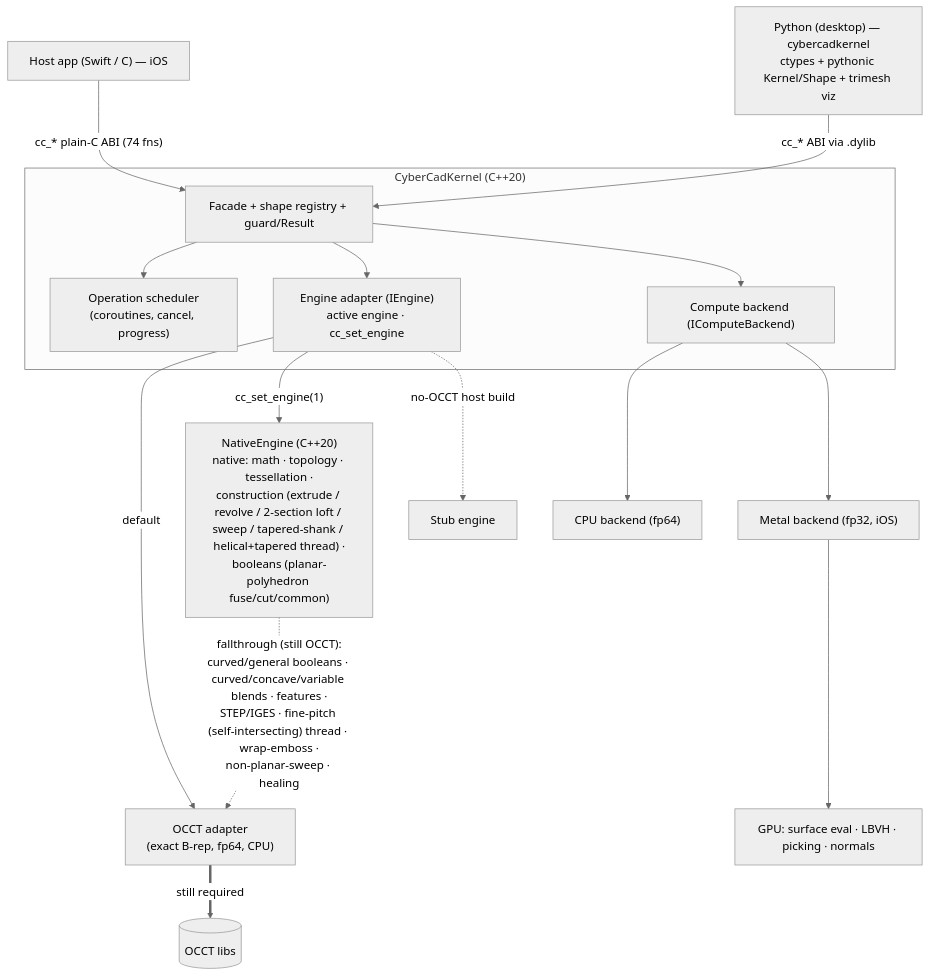
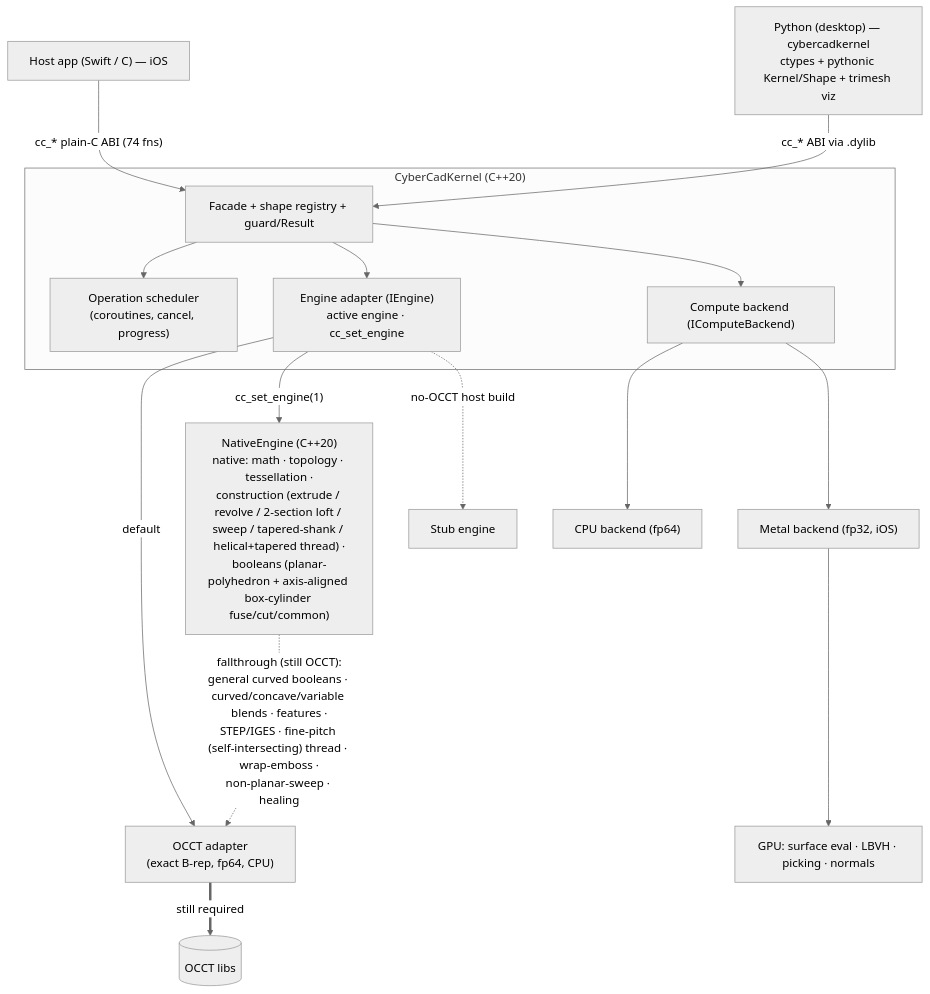
One commit to CyberdyneCorp/CyberCadKernel changed the diagram in README.md. Above: the diagram before and after it, drawn with Mermaid (neutral theme). The commit also changed other lines of this file and 20 other files, not shown here.

````diff
--- a/README.md
+++ b/README.md
@@ -33,27 +33,27 @@
 ```mermaid
 flowchart TD
     App["Host app (Swift / C) — iOS"] -->|"cc_* plain-C ABI (74 fns)"| Facade
     Py["Python (desktop) — cybercadkernel<br/>ctypes + pythonic Kernel/Shape + trimesh viz"] -->|"cc_* ABI via .dylib"| Facade
 
     subgraph Kernel["CyberCadKernel (C++20)"]
         Facade["Facade + shape registry + guard/Result"]
         Sched["Operation scheduler<br/>(coroutines, cancel, progress)"]
         Engine["Engine adapter (IEngine)<br/>active engine · cc_set_engine"]
         Compute["Compute backend (IComputeBackend)"]
 
         Facade --> Sched
         Facade --> Engine
         Facade --> Compute
     end
 
     Engine -->|"default"| OCCT["OCCT adapter<br/>(exact B-rep, fp64, CPU)"]
-    Engine -->|"cc_set_engine(1)"| Native["NativeEngine (C++20)<br/>native: math · topology · tessellation ·<br/>construction (extrude / revolve / 2-section loft / sweep / tapered-shank / helical+tapered thread) ·<br/>booleans (planar-polyhedron fuse/cut/common)"]
+    Engine -->|"cc_set_engine(1)"| Native["NativeEngine (C++20)<br/>native: math · topology · tessellation ·<br/>construction (extrude / revolve / 2-section loft / sweep / tapered-shank / helical+tapered thread) ·<br/>booleans (planar-polyhedron + axis-aligned box-cylinder fuse/cut/common)"]
     Engine -.->|"no-OCCT host build"| Stub["Stub engine"]
 
-    Native -.->|"fallthrough (still OCCT):<br/>curved/general booleans · curved/concave/variable blends · features ·<br/>STEP/IGES · fine-pitch (self-intersecting) thread · wrap-emboss ·<br/>non-planar-sweep · healing"| OCCT
+    Native -.->|"fallthrough (still OCCT):<br/>general curved booleans · curved/concave/variable blends · features ·<br/>STEP/IGES · fine-pitch (self-intersecting) thread · wrap-emboss ·<br/>non-planar-sweep · healing"| OCCT
     OCCT ==>|"still required"| OCCTlib[("OCCT libs")]
 
     Compute --> CPUb["CPU backend (fp64)"]
     Compute --> Metal["Metal backend (fp32, iOS)"]
     Metal --> GPU["GPU: surface eval · LBVH · picking · normals"]
 ```
````
